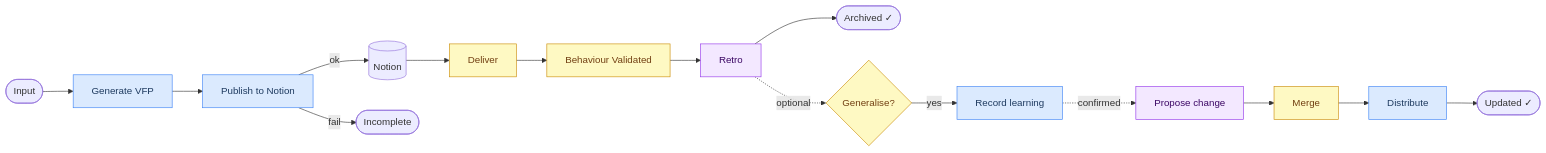
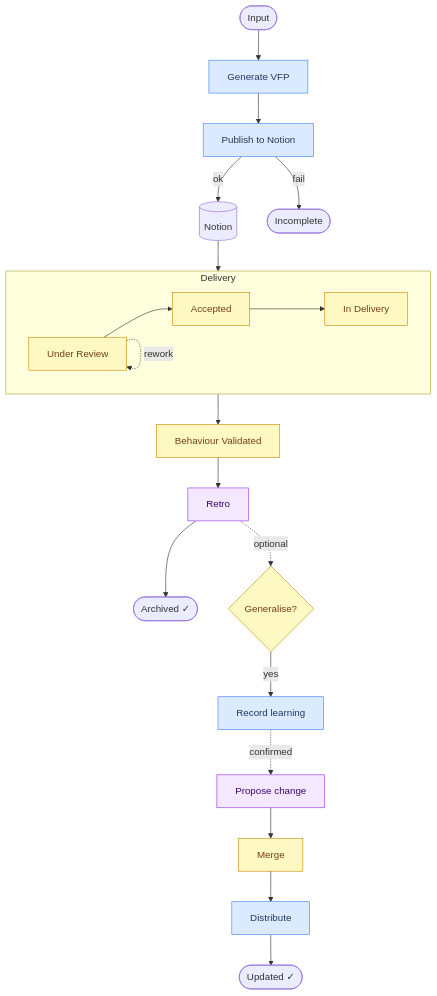
One commit to jgleal/vfp-agent changed the diagram in README.md. Above: the diagram before and after it, drawn with Mermaid.

Commit message:
docs: flow diagram TD with delivery subgraph and rework cycle

````diff
--- a/README.md
+++ b/README.md
@@ -11,21 +11,29 @@
 ```mermaid
-flowchart LR
+flowchart TD
     A([Input]) --> B[Generate VFP]:::agent
     B --> D[Publish to Notion]:::agent
     D -- ok --> E[(Notion)]
     D -- fail --> F([Incomplete])
-    E --> G[Deliver]:::human
-    G --> H[Behaviour Validated]:::human
+    E --> G1
+
+    subgraph del[Delivery]
+        direction LR
+        G1[Under Review]:::human --> G2[Accepted]:::human
+        G2 --> G3[In Delivery]:::human
+        G1 -.->|rework| G1
+    end
+
+    G3 --> H[Behaviour Validated]:::human
     H --> I[Retro]:::collab
     I --> J([Archived ✓])
     I -.->|optional| K{Generalise?}:::human
     K -- yes --> M[Record learning]:::agent
     M -.->|confirmed| P[Propose change]:::collab
     P --> Q[Merge]:::human
     Q --> R[Distribute]:::agent
     R --> S([Updated ✓])
 
     classDef agent fill:#dbeafe,stroke:#3b82f6,color:#1e3a5f
     classDef human fill:#fef9c3,stroke:#ca8a04,color:#713f12
     classDef collab fill:#f3e8ff,stroke:#9333ea,color:#3b0764
 ```
````
